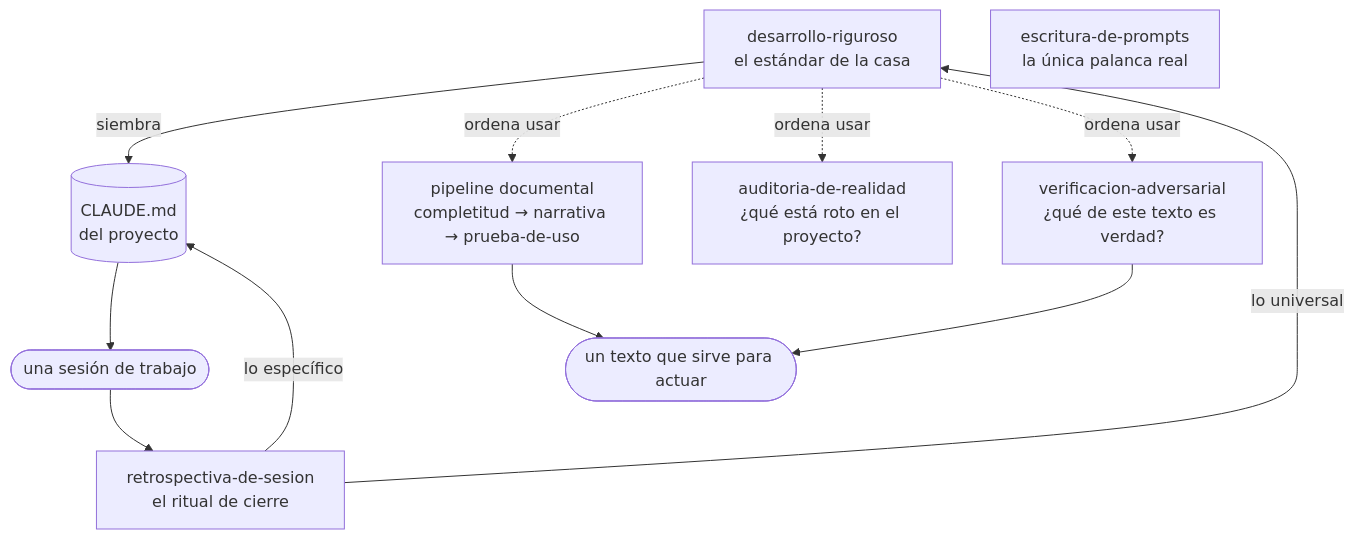
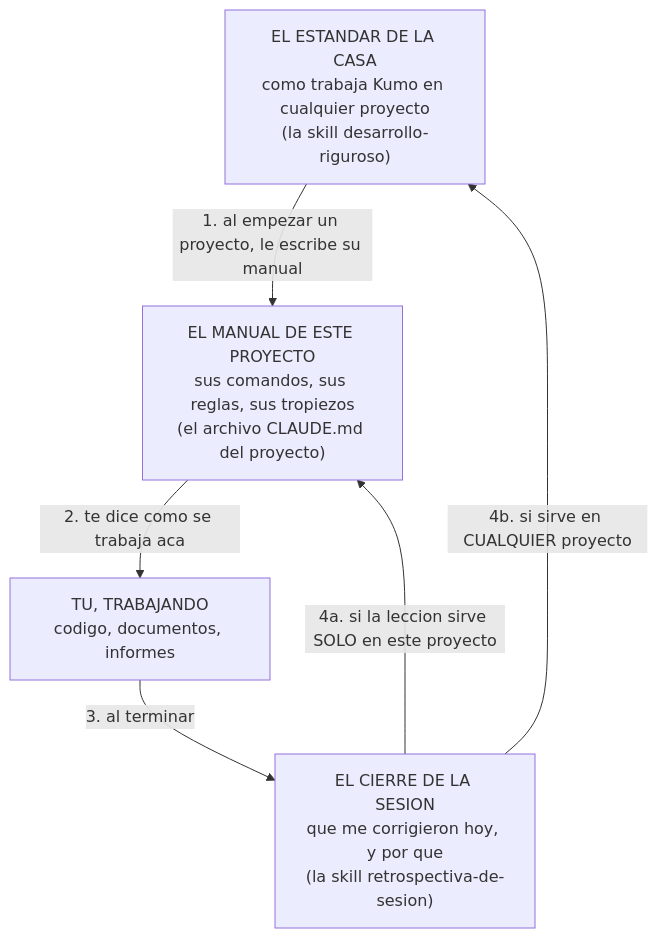
Before and after one commit to JoaquinMulet/kumo-skills: the first of 3 diagrams in README.md, drawn with Mermaid. The commit also changed other lines of this file and 1 other file, not shown here.

````diff
--- a/README.md
+++ b/README.md
@@ -31,24 +39,13 @@
 ```mermaid
 flowchart TD
-  DR["desarrollo-riguroso<br/>el estándar de la casa"]
-  SES(["una sesión de trabajo"])
-  RS["retrospectiva-de-sesion<br/>el ritual de cierre"]
-  CM[("CLAUDE.md<br/>del proyecto")]
+  EST["EL ESTANDAR DE LA CASA<br/>como trabaja Kumo en cualquier proyecto<br/>(la skill desarrollo-riguroso)"]
+  MAN["EL MANUAL DE ESTE PROYECTO<br/>sus comandos, sus reglas, sus tropiezos<br/>(el archivo CLAUDE.md del proyecto)"]
+  TRA["TU, TRABAJANDO<br/>codigo, documentos, informes"]
+  RET["EL CIERRE DE LA SESION<br/>que me corrigieron hoy, y por que<br/>(la skill retrospectiva-de-sesion)"]
 
-  DR -->|"siembra"| CM
-  CM --> SES
-  SES --> RS
-  RS -->|"lo específico"| CM
-  RS -->|"lo universal"| DR
-
-  DOC["pipeline documental<br/>completitud → narrativa → prueba-de-uso"]
-  AR["auditoria-de-realidad<br/>¿qué está roto en el proyecto?"]
-  VA["verificacion-adversarial<br/>¿qué de este texto es verdad?"]
-  EP["escritura-de-prompts<br/>la única palanca real"]
-
-  DR -.->|"ordena usar"| DOC
-  DR -.->|"ordena usar"| AR
-  DR -.->|"ordena usar"| VA
-  DOC --> ENT(["un texto que sirve para actuar"])
-  VA --> ENT
+  EST -->|"1. al empezar un proyecto, le escribe su manual"| MAN
+  MAN -->|"2. te dice como se trabaja aca"| TRA
+  TRA -->|"3. al terminar"| RET
+  RET -->|"4a. si la leccion sirve SOLO en este proyecto"| MAN
+  RET -->|"4b. si sirve en CUALQUIER proyecto"| EST
 ```
````
